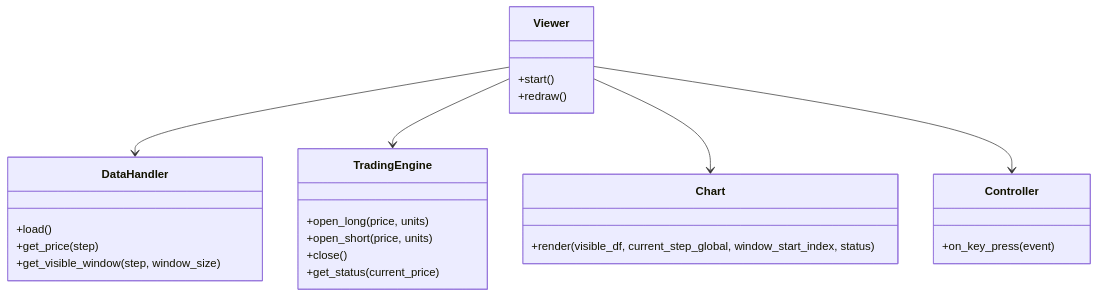
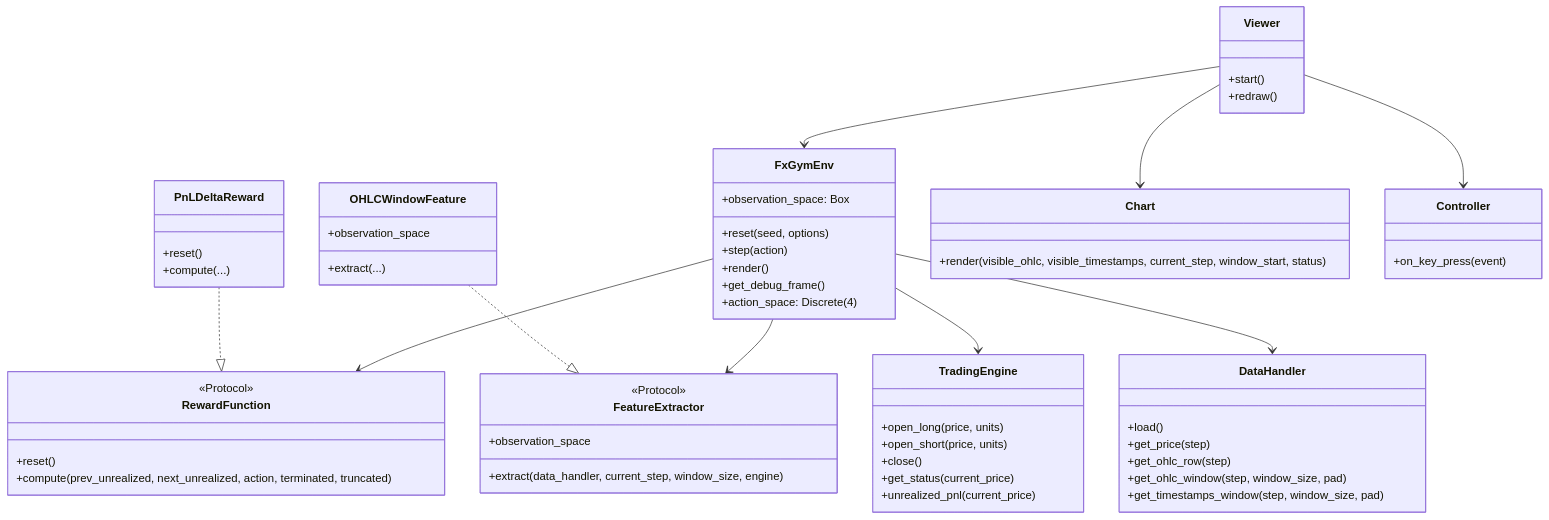
Before and after one commit to koretty/fx-trading-env: the diagram in docs/class_diagram.md, drawn with Mermaid. The commit also changed other lines of this file and 12 other files, not shown here.

````diff
--- a/docs/class_diagram.md
+++ b/docs/class_diagram.md
@@ -5,33 +5,72 @@
 ```mermaid
 classDiagram
     class DataHandler {
         +load()
         +get_price(step)
-        +get_visible_window(step, window_size)
+        +get_ohlc_row(step)
+        +get_ohlc_window(step, window_size, pad)
+        +get_timestamps_window(step, window_size, pad)
     }
 
     class TradingEngine {
         +open_long(price, units)
         +open_short(price, units)
         +close()
         +get_status(current_price)
+        +unrealized_pnl(current_price)
+    }
+
+    class FeatureExtractor {
+        <<Protocol>>
+        +observation_space
+        +extract(data_handler, current_step, window_size, engine)
+    }
+
+    class OHLCWindowFeature {
+        +observation_space
+        +extract(...)
+    }
+
+    class RewardFunction {
+        <<Protocol>>
+        +reset()
+        +compute(prev_unrealized, next_unrealized, action, terminated, truncated)
+    }
+
+    class PnLDeltaReward {
+        +reset()
+        +compute(...)
+    }
+
+    class FxGymEnv {
+        +reset(seed, options)
+        +step(action)
+        +render()
+        +get_debug_frame()
+        +action_space: Discrete(4)
+        +observation_space: Box
     }
 
     class Chart {
-        +render(visible_df, current_step_global, window_start_index, status)
+        +render(visible_ohlc, visible_timestamps, current_step, window_start, status)
     }
 
     class Controller {
         +on_key_press(event)
     }
 
     class Viewer {
         +start()
         +redraw()
     }
 
-    Viewer --> DataHandler
-    Viewer --> TradingEngine
+    OHLCWindowFeature ..|> FeatureExtractor
+    PnLDeltaReward ..|> RewardFunction
+    FxGymEnv --> DataHandler
+    FxGymEnv --> TradingEngine
+    FxGymEnv --> FeatureExtractor
+    FxGymEnv --> RewardFunction
+    Viewer --> FxGymEnv
     Viewer --> Chart
     Viewer --> Controller
 ```
````
